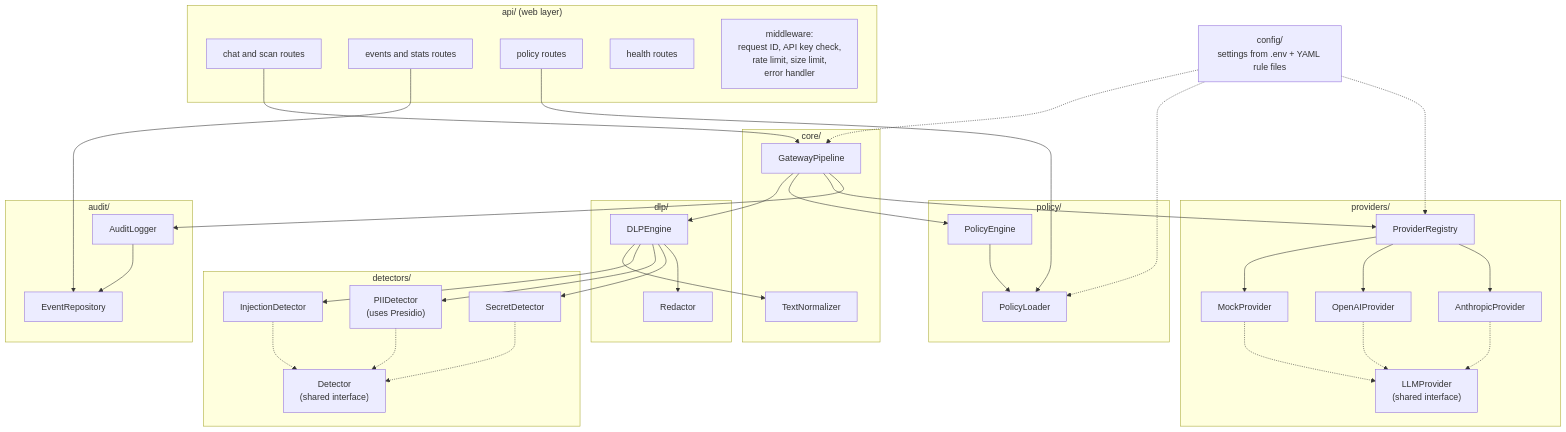
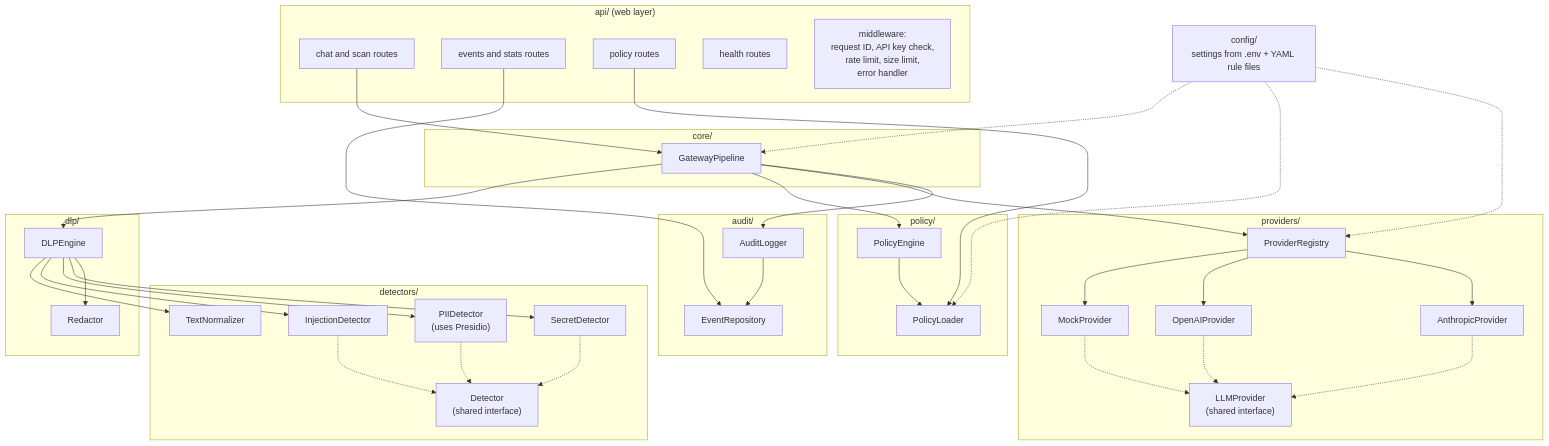
One commit to Aman7608/LLM-Security-Gateway changed the second of 12 diagrams in docs/02-system-architecture.md. Above: the diagram before and after it, drawn with Mermaid. The commit also changed other lines of this file and 19 other files, not shown here.

````diff
--- a/docs/02-system-architecture.md
+++ b/docs/02-system-architecture.md
@@ -89,74 +89,74 @@
 ```mermaid
 flowchart TB
     subgraph api["api/ (web layer)"]
         RCHAT["chat and scan routes"]
         REVT["events and stats routes"]
         RPOL["policy routes"]
         RHEALTH["health routes"]
         MW["middleware:<br/>request ID, API key check,<br/>rate limit, size limit,<br/>error handler"]
     end
 
     subgraph core["core/"]
         PIPE["GatewayPipeline"]
-        NORM["TextNormalizer"]
     end
 
     subgraph detectors["detectors/"]
+        NORM["TextNormalizer"]
         DBASE["Detector<br/>(shared interface)"]
         INJ["InjectionDetector"]
         PII["PIIDetector<br/>(uses Presidio)"]
         SEC["SecretDetector"]
     end
 
     subgraph dlp["dlp/"]
         DLPE["DLPEngine"]
         RED["Redactor"]
     end
 
     subgraph policy["policy/"]
         PE["PolicyEngine"]
         PL["PolicyLoader"]
     end
 
     subgraph providers["providers/"]
         PBASE["LLMProvider<br/>(shared interface)"]
         PM["MockProvider"]
         PO["OpenAIProvider"]
         PA["AnthropicProvider"]
         PREG["ProviderRegistry"]
     end
 
     subgraph audit["audit/"]
         AL["AuditLogger"]
         REPO["EventRepository"]
     end
 
     CFG["config/<br/>settings from .env + YAML rule files"]
 
     RCHAT --> PIPE
     REVT --> REPO
     RPOL --> PL
     PIPE --> DLPE
     PIPE --> PE
     PIPE --> PREG
     PIPE --> AL
     DLPE --> NORM
     DLPE --> INJ
     DLPE --> PII
     DLPE --> SEC
     DLPE --> RED
     INJ -.-> DBASE
     PII -.-> DBASE
     SEC -.-> DBASE
     PE --> PL
     PREG --> PM
     PREG --> PO
     PREG --> PA
     PM -.-> PBASE
     PO -.-> PBASE
     PA -.-> PBASE
     AL --> REPO
     CFG -.-> PIPE
     CFG -.-> PL
     CFG -.-> PREG
 ```
````
